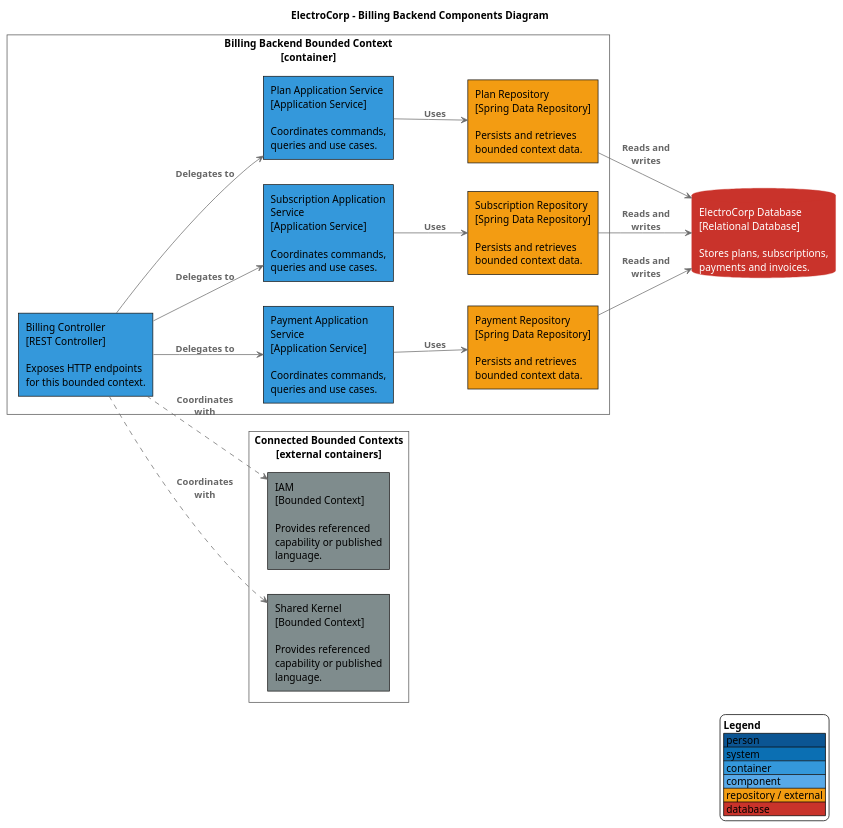
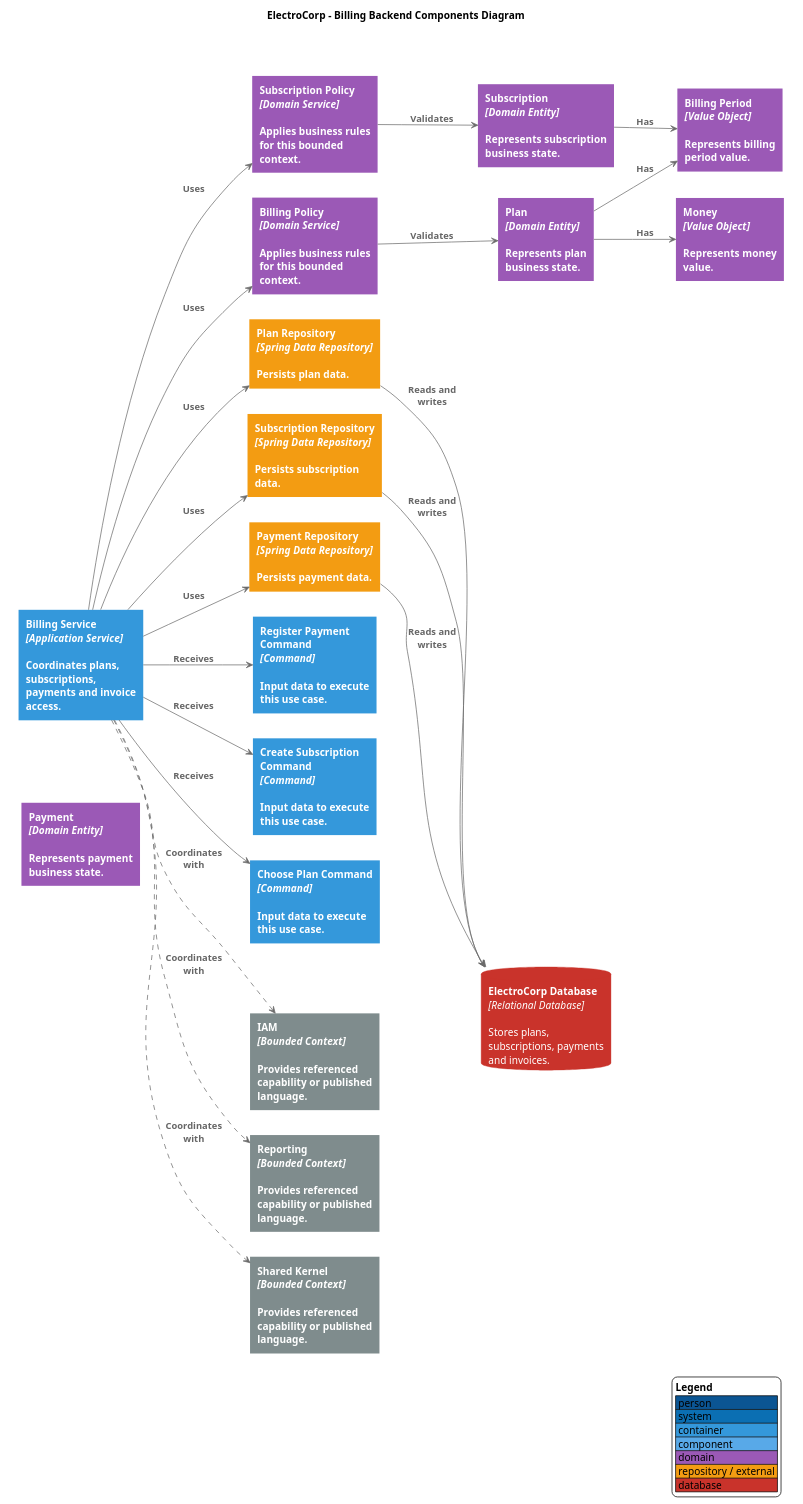
The diagram in docs/diagrams/components/backend/bounded-contexts/billing-backend-components.puml (upc-pre-202610-1asi0729-11896-ecorp/electrocorp-report), drawn with PlantUML before and after one commit. The commit also changed 22 other files, not shown here.

Commit message:
style(docs): redesign c4 diagrams with visual ui layout

```diff
--- a/docs/diagrams/components/backend/bounded-contexts/billing-backend-components.puml
+++ b/docs/diagrams/components/backend/bounded-contexts/billing-backend-components.puml
@@ -1,59 +1,77 @@
 @startuml
 skinparam backgroundColor #FFFFFF
 skinparam shadowing false
 skinparam defaultFontName Arial
-skinparam wrapWidth 180
+skinparam wrapWidth 170
 skinparam maxMessageSize 90
 skinparam ArrowColor #6B6B6B
 skinparam ArrowFontColor #666666
 skinparam ArrowFontStyle bold
 skinparam rectangleRoundCorner 0
-skinparam rectangleBorderThickness 1
+skinparam rectangleBorderThickness 0
+skinparam rectangleFontColor #FFFFFF
+skinparam rectangleFontStyle bold
 skinparam packageStyle rectangle
 skinparam packageBorderColor #555555
 skinparam packageBackgroundColor transparent
 skinparam packageFontColor #444444
 skinparam packageFontStyle bold
 skinparam databaseBackgroundColor #C9332B
 skinparam databaseBorderColor #C9332B
 skinparam databaseFontColor #FFFFFF
 hide stereotype
 title ElectroCorp - Billing Backend Components Diagram
 left to right direction
 
-
 package "Billing Backend Bounded Context\n[container]" {
-  rectangle "Billing Controller\n[REST Controller]\n\nExposes HTTP endpoints for this bounded context." as B0 #3498DB
-  rectangle "Plan Application Service\n[Application Service]\n\nCoordinates commands, queries and use cases." as B1 #3498DB
-  rectangle "Subscription Application Service\n[Application Service]\n\nCoordinates commands, queries and use cases." as B2 #3498DB
-  rectangle "Payment Application Service\n[Application Service]\n\nCoordinates commands, queries and use cases." as B3 #3498DB
-  rectangle "Plan Repository\n[Spring Data Repository]\n\nPersists and retrieves bounded context data." as R0 #F39C12
-  rectangle "Subscription Repository\n[Spring Data Repository]\n\nPersists and retrieves bounded context data." as R1 #F39C12
-  rectangle "Payment Repository\n[Spring Data Repository]\n\nPersists and retrieves bounded context data." as R2 #F39C12
+  rectangle "<b>Billing Service</b>\n<i>[Application Service]</i>\n\nCoordinates plans, subscriptions, payments and invoice access." as Service #3498DB
+  rectangle "<b>Choose Plan Command</b>\n<i>[Command]</i>\n\nInput data to execute this use case." as C0 #3498DB
+  rectangle "<b>Create Subscription Command</b>\n<i>[Command]</i>\n\nInput data to execute this use case." as C1 #3498DB
+  rectangle "<b>Register Payment Command</b>\n<i>[Command]</i>\n\nInput data to execute this use case." as C2 #3498DB
+  rectangle "<b>Billing Policy</b>\n<i>[Domain Service]</i>\n\nApplies business rules for this bounded context." as D0 #9B59B6
+  rectangle "<b>Subscription Policy</b>\n<i>[Domain Service]</i>\n\nApplies business rules for this bounded context." as D1 #9B59B6
+  rectangle "<b>Plan</b>\n<i>[Domain Entity]</i>\n\nRepresents plan business state." as E0 #9B59B6
+  rectangle "<b>Subscription</b>\n<i>[Domain Entity]</i>\n\nRepresents subscription business state." as E1 #9B59B6
+  rectangle "<b>Payment</b>\n<i>[Domain Entity]</i>\n\nRepresents payment business state." as E2 #9B59B6
+  rectangle "<b>Money</b>\n<i>[Value Object]</i>\n\nRepresents money value." as V0 #9B59B6
+  rectangle "<b>Billing Period</b>\n<i>[Value Object]</i>\n\nRepresents billing period value." as V1 #9B59B6
+  rectangle "<b>Plan Repository</b>\n<i>[Spring Data Repository]</i>\n\nPersists plan data." as R0 #F39C12
+  rectangle "<b>Subscription Repository</b>\n<i>[Spring Data Repository]</i>\n\nPersists subscription data." as R1 #F39C12
+  rectangle "<b>Payment Repository</b>\n<i>[Spring Data Repository]</i>\n\nPersists payment data." as R2 #F39C12
 }
-database "ElectroCorp Database\n[Relational Database]\n\nStores plans, subscriptions, payments and invoices." as Database
+database "<b>ElectroCorp Database</b>\n<i>[Relational Database]</i>\n\nStores plans, subscriptions, payments and invoices." as Database
 package "Connected Bounded Contexts\n[external containers]" {
-  rectangle "IAM\n[Bounded Context]\n\nProvides referenced capability or published language." as Dep0 #7F8C8D
-  rectangle "Shared Kernel\n[Bounded Context]\n\nProvides referenced capability or published language." as Dep1 #7F8C8D
+  rectangle "<b>IAM</b>\n<i>[Bounded Context]</i>\n\nProvides referenced capability or published language." as Dep0 #7F8C8D
+  rectangle "<b>Reporting</b>\n<i>[Bounded Context]</i>\n\nProvides referenced capability or published language." as Dep1 #7F8C8D
+  rectangle "<b>Shared Kernel</b>\n<i>[Bounded Context]</i>\n\nProvides referenced capability or published language." as Dep2 #7F8C8D
 }
-B0 --> B1 : Delegates to
-B0 --> B2 : Delegates to
-B0 --> B3 : Delegates to
-B1 --> R0 : Uses
-B2 --> R1 : Uses
-B3 --> R2 : Uses
+Service --> C0 : Receives
+Service --> C1 : Receives
+Service --> C2 : Receives
+Service --> D0 : Uses
+Service --> D1 : Uses
+Service --> R0 : Uses
+Service --> R1 : Uses
+Service --> R2 : Uses
+D0 --> E0 : Validates
+D1 --> E1 : Validates
+E0 --> V0 : Has
+E0 --> V1 : Has
+E1 --> V1 : Has
 R0 --> Database : Reads and writes
 R1 --> Database : Reads and writes
 R2 --> Database : Reads and writes
-B0 ..> Dep0 : Coordinates with
-B0 ..> Dep1 : Coordinates with
+Service ..> Dep0 : Coordinates with
+Service ..> Dep1 : Coordinates with
+Service ..> Dep2 : Coordinates with
 legend right
   <b>Legend</b>
   |<#0B5593> person |
   |<#0B6FB3> system |
   |<#3498DB> container |
   |<#58A9E8> component |
+  |<#9B59B6> domain |
   |<#F39C12> repository / external |
   |<#C9332B> database |
 endlegend
 @enduml
```
